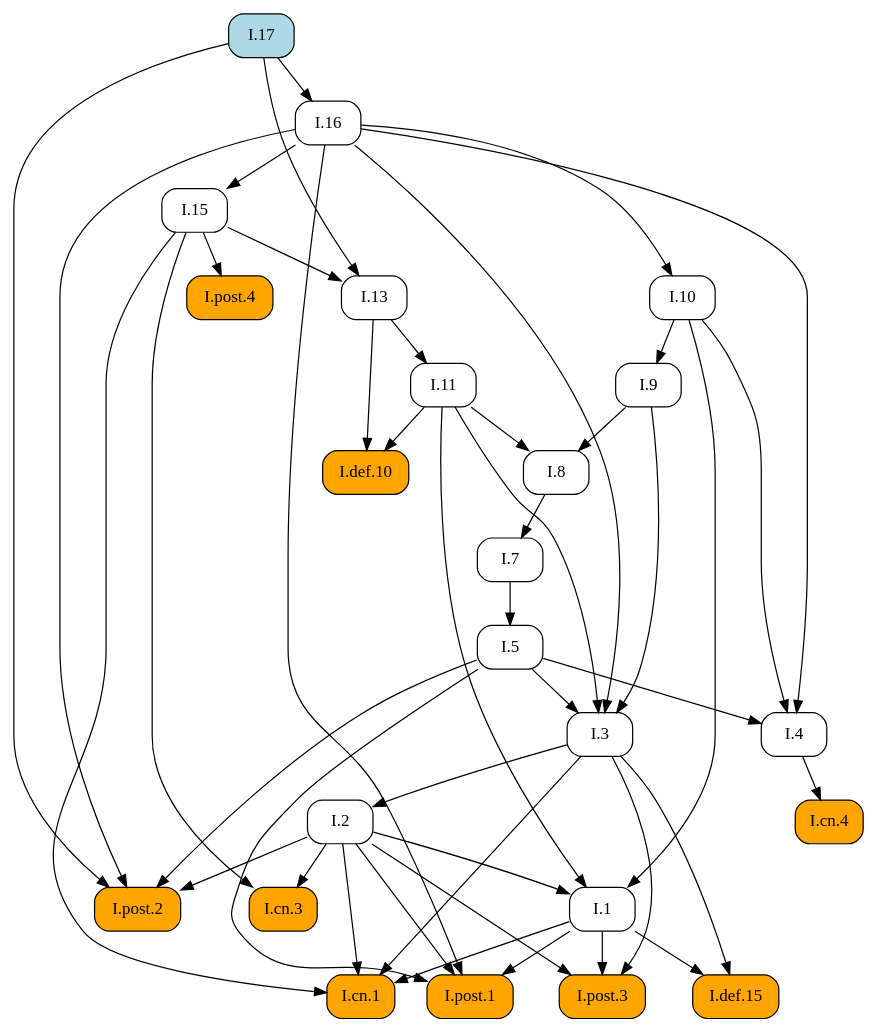
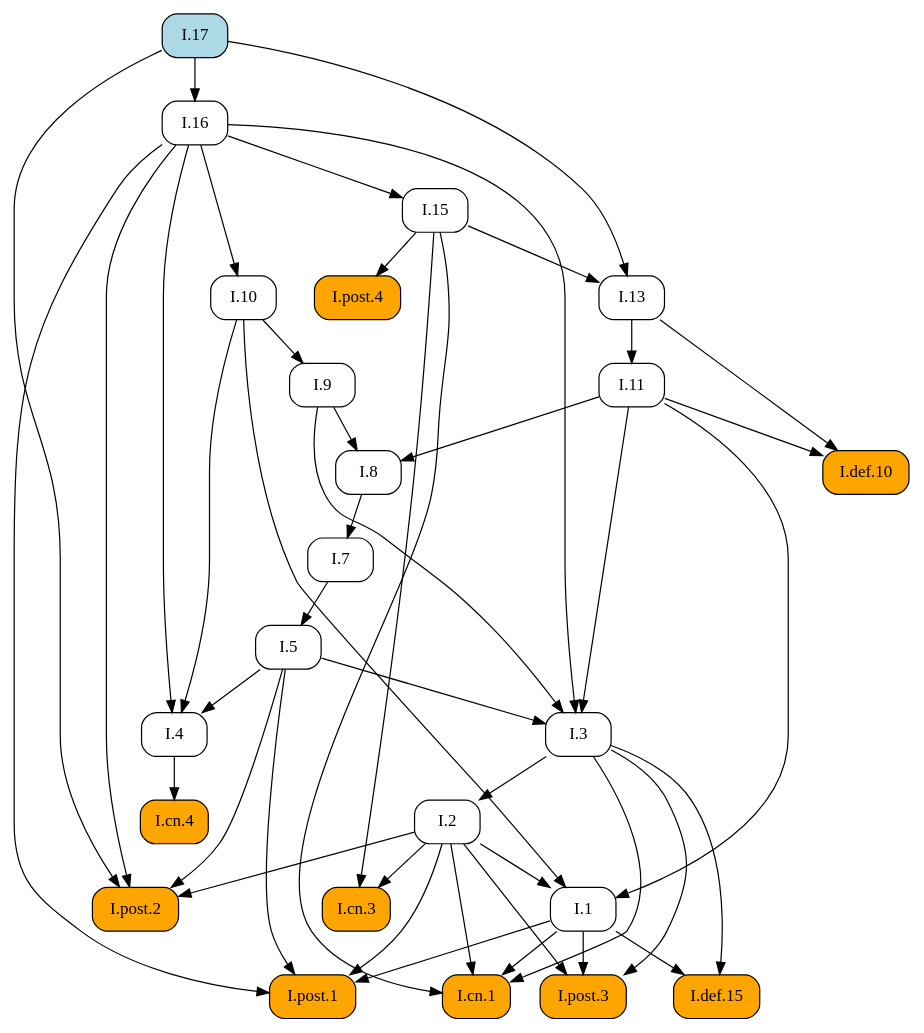
The diagram in docsrc/heath/I/17/index.rst (geometor/elements), drawn with Graphviz before and after one commit. The commit also changed other lines of this file and 1029 other files, not shown here.

```diff
--- a/docsrc/heath/I/17/index.rst
+++ b/docsrc/heath/I/17/index.rst
@@ -53,74 +53,74 @@
 .. graphviz::
 
    digraph {
      rankdir="TB";
      node [shape=box, style=rounded];
+     "I.def.10" [style="rounded,filled", fillcolor=orange, URL="/heath/I/def.10/", target="_top"];
+     "I.11" [URL="/heath/I/11/", target="_top"];
+     "I.post.4" [style="rounded,filled", fillcolor=orange, URL="/heath/I/post.4/", target="_top"];
+     "I.1" [URL="/heath/I/1/", target="_top"];
+     "I.7" [URL="/heath/I/7/", target="_top"];
+     "I.3" [URL="/heath/I/3/", target="_top"];
+     "I.2" [URL="/heath/I/2/", target="_top"];
+     "I.4" [URL="/heath/I/4/", target="_top"];
      "I.13" [URL="/heath/I/13/", target="_top"];
+     "I.17" [style="rounded,filled", fillcolor=lightblue, URL="/heath/I/17/", target="_top"];
+     "I.post.2" [style="rounded,filled", fillcolor=orange, URL="/heath/I/post.2/", target="_top"];
+     "I.16" [URL="/heath/I/16/", target="_top"];
+     "I.def.15" [style="rounded,filled", fillcolor=orange, URL="/heath/I/def.15/", target="_top"];
+     "I.9" [URL="/heath/I/9/", target="_top"];
+     "I.post.3" [style="rounded,filled", fillcolor=orange, URL="/heath/I/post.3/", target="_top"];
+     "I.cn.1" [style="rounded,filled", fillcolor=orange, URL="/heath/I/cn.1/", target="_top"];
      "I.cn.3" [style="rounded,filled", fillcolor=orange, URL="/heath/I/cn.3/", target="_top"];
-     "I.5" [URL="/heath/I/5/", target="_top"];
-     "I.11" [URL="/heath/I/11/", target="_top"];
-     "I.7" [URL="/heath/I/7/", target="_top"];
-     "I.10" [URL="/heath/I/10/", target="_top"];
-     "I.4" [URL="/heath/I/4/", target="_top"];
-     "I.3" [URL="/heath/I/3/", target="_top"];
-     "I.16" [URL="/heath/I/16/", target="_top"];
      "I.8" [URL="/heath/I/8/", target="_top"];
-     "I.9" [URL="/heath/I/9/", target="_top"];
-     "I.def.10" [style="rounded,filled", fillcolor=orange, URL="/heath/I/def.10/", target="_top"];
-     "I.post.4" [style="rounded,filled", fillcolor=orange, URL="/heath/I/post.4/", target="_top"];
-     "I.post.2" [style="rounded,filled", fillcolor=orange, URL="/heath/I/post.2/", target="_top"];
-     "I.2" [URL="/heath/I/2/", target="_top"];
-     "I.def.15" [style="rounded,filled", fillcolor=orange, URL="/heath/I/def.15/", target="_top"];
-     "I.1" [URL="/heath/I/1/", target="_top"];
-     "I.post.3" [style="rounded,filled", fillcolor=orange, URL="/heath/I/post.3/", target="_top"];
-     "I.post.1" [style="rounded,filled", fillcolor=orange, URL="/heath/I/post.1/", target="_top"];
      "I.cn.4" [style="rounded,filled", fillcolor=orange, URL="/heath/I/cn.4/", target="_top"];
      "I.15" [URL="/heath/I/15/", target="_top"];
-     "I.17" [style="rounded,filled", fillcolor=lightblue, URL="/heath/I/17/", target="_top"];
-     "I.cn.1" [style="rounded,filled", fillcolor=orange, URL="/heath/I/cn.1/", target="_top"];
-     "I.15" -> "I.13";
-     "I.17" -> "I.13";
-     "I.2" -> "I.cn.3";
-     "I.15" -> "I.cn.3";
-     "I.7" -> "I.5";
+     "I.post.1" [style="rounded,filled", fillcolor=orange, URL="/heath/I/post.1/", target="_top"];
+     "I.10" [URL="/heath/I/10/", target="_top"];
+     "I.5" [URL="/heath/I/5/", target="_top"];
+     "I.11" -> "I.def.10";
+     "I.13" -> "I.def.10";
      "I.13" -> "I.11";
+     "I.15" -> "I.post.4";
+     "I.2" -> "I.1";
+     "I.10" -> "I.1";
+     "I.11" -> "I.1";
      "I.8" -> "I.7";
-     "I.16" -> "I.10";
-     "I.5" -> "I.4";
-     "I.10" -> "I.4";
-     "I.16" -> "I.4";
      "I.5" -> "I.3";
      "I.9" -> "I.3";
      "I.11" -> "I.3";
      "I.16" -> "I.3";
-     "I.17" -> "I.16";
-     "I.9" -> "I.8";
-     "I.11" -> "I.8";
-     "I.10" -> "I.9";
-     "I.11" -> "I.def.10";
-     "I.13" -> "I.def.10";
-     "I.15" -> "I.post.4";
+     "I.3" -> "I.2";
+     "I.5" -> "I.4";
+     "I.10" -> "I.4";
+     "I.16" -> "I.4";
+     "I.15" -> "I.13";
+     "I.17" -> "I.13";
      "I.2" -> "I.post.2";
      "I.5" -> "I.post.2";
      "I.16" -> "I.post.2";
      "I.17" -> "I.post.2";
-     "I.3" -> "I.2";
+     "I.17" -> "I.16";
      "I.1" -> "I.def.15";
      "I.3" -> "I.def.15";
-     "I.2" -> "I.1";
-     "I.10" -> "I.1";
-     "I.11" -> "I.1";
+     "I.10" -> "I.9";
      "I.1" -> "I.post.3";
      "I.2" -> "I.post.3";
      "I.3" -> "I.post.3";
+     "I.1" -> "I.cn.1";
+     "I.2" -> "I.cn.1";
+     "I.3" -> "I.cn.1";
+     "I.15" -> "I.cn.1";
+     "I.2" -> "I.cn.3";
+     "I.15" -> "I.cn.3";
+     "I.9" -> "I.8";
+     "I.11" -> "I.8";
+     "I.4" -> "I.cn.4";
+     "I.16" -> "I.15";
      "I.1" -> "I.post.1";
      "I.2" -> "I.post.1";
      "I.5" -> "I.post.1";
      "I.16" -> "I.post.1";
-     "I.4" -> "I.cn.4";
-     "I.16" -> "I.15";
-     "I.1" -> "I.cn.1";
-     "I.2" -> "I.cn.1";
-     "I.3" -> "I.cn.1";
-     "I.15" -> "I.cn.1";
+     "I.16" -> "I.10";
+     "I.7" -> "I.5";
    }
```
